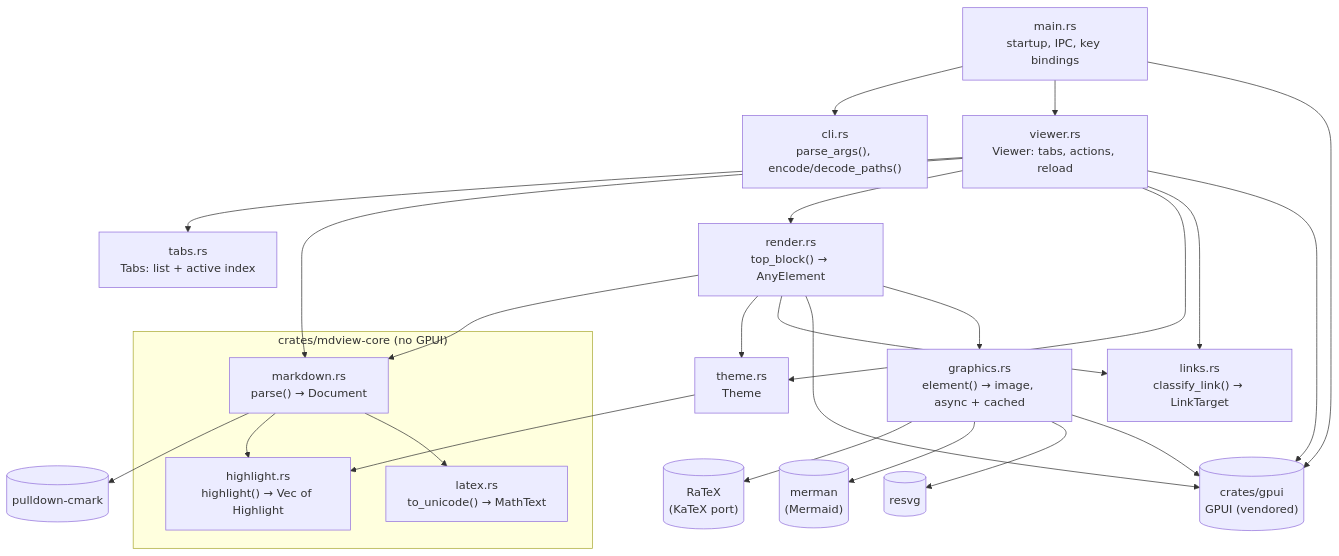
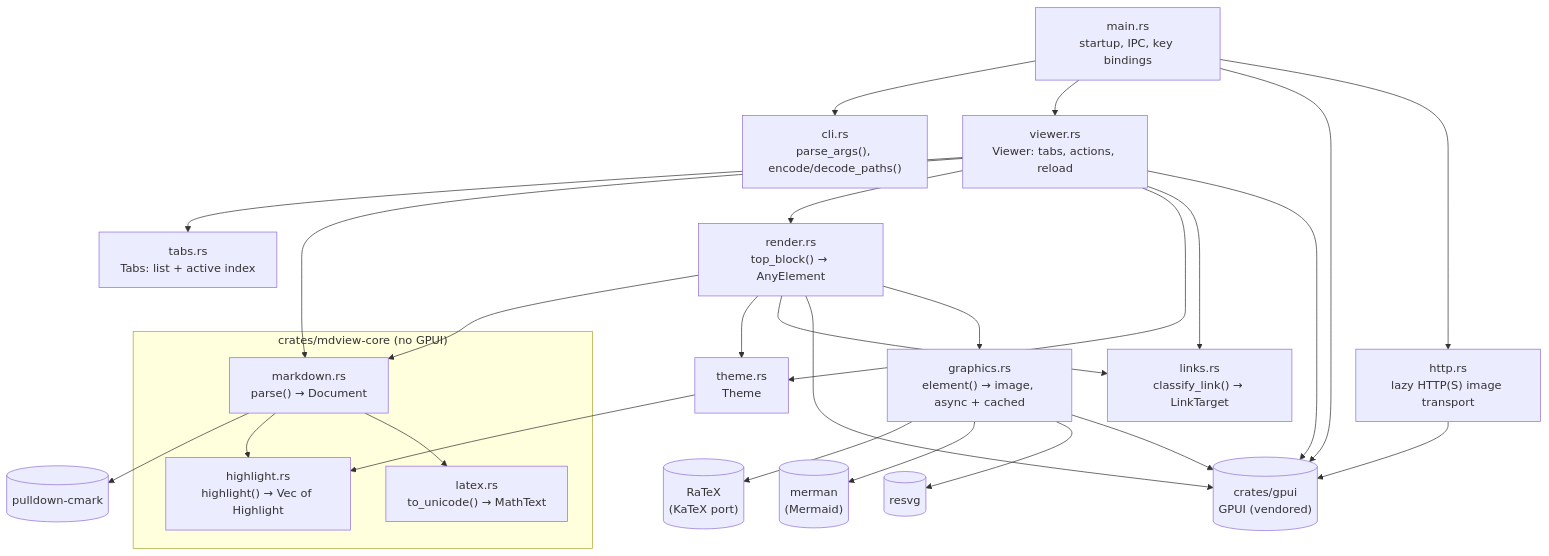
Before and after one commit to JorgeAgar/markdown-viewer-zed: the first of 5 diagrams in docs/architecture.md, drawn with Mermaid. The commit also changed other lines of this file and 11 other files, not shown here.

````diff
--- a/docs/architecture.md
+++ b/docs/architecture.md
@@ -29,44 +30,47 @@
 ```mermaid
 flowchart TD
     main["main.rs<br/>startup, IPC, key bindings"]
     cli["cli.rs<br/>parse_args(), encode/decode_paths()"]
     viewer["viewer.rs<br/>Viewer: tabs, actions, reload"]
     tabs["tabs.rs<br/>Tabs: list + active index"]
     subgraph core["crates/mdview-core (no GPUI)"]
         markdown["markdown.rs<br/>parse() → Document"]
         highlight["highlight.rs<br/>highlight() → Vec of Highlight"]
         latex["latex.rs<br/>to_unicode() → MathText"]
     end
     graphics["graphics.rs<br/>element() → image, async + cached"]
     ratex[("RaTeX<br/>(KaTeX port)")]
     merman[("merman<br/>(Mermaid)")]
     resvg[("resvg")]
     render["render.rs<br/>top_block() → AnyElement"]
     links["links.rs<br/>classify_link() → LinkTarget"]
     theme["theme.rs<br/>Theme"]
     gpui[("crates/gpui<br/>GPUI (vendored)")]
     cmark[("pulldown-cmark")]
 
     main --> cli
     main --> viewer
     viewer --> tabs
     main --> gpui
     viewer --> markdown
     viewer --> render
     viewer --> theme
     render --> markdown
     render --> theme
     render --> links
     viewer --> links
+    http["http.rs<br/>lazy HTTP(S) image transport"]
+    main --> http
+    http --> gpui
     render --> gpui
     viewer --> gpui
     markdown --> cmark
     markdown --> highlight
     markdown --> latex
     theme --> highlight
     render --> graphics
     graphics --> ratex
     graphics --> merman
     graphics --> resvg
     graphics --> gpui
 ```
````
